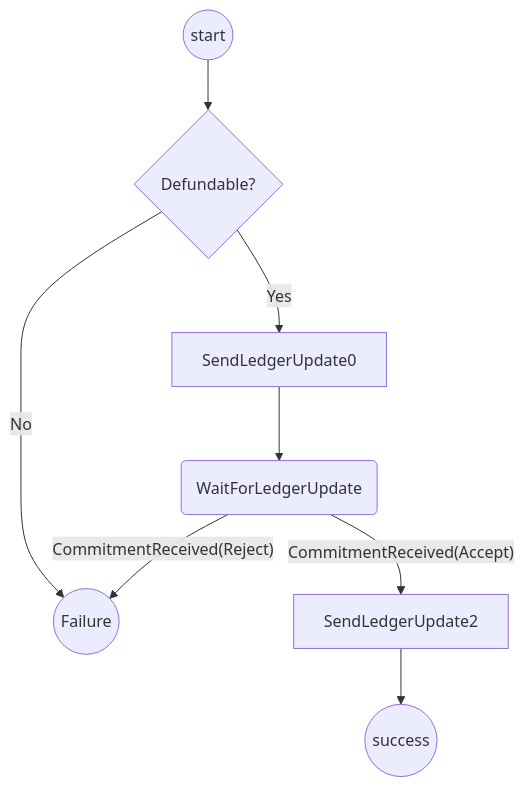
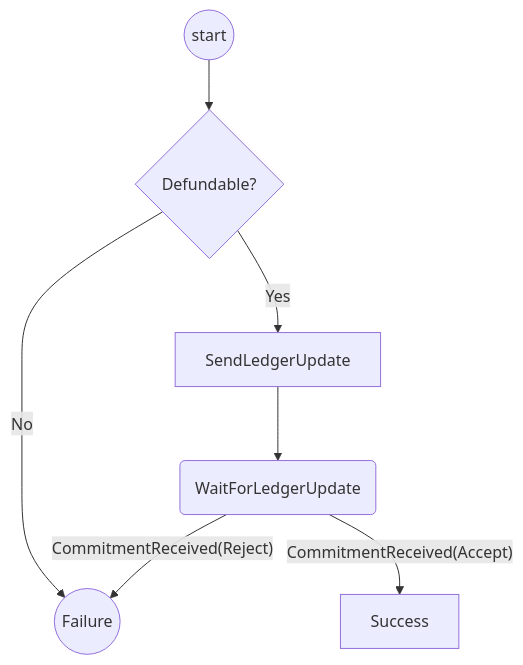
The first of 2 diagrams in packages/rps/packages/wallet/src/redux/protocols/indirect-defunding/readme.md (statechannels/statechannels), drawn with Mermaid before and after one commit. The commit also changed other lines of this file and 4 other files, not shown here.

````diff
--- a/packages/rps/packages/wallet/src/redux/protocols/indirect-defunding/readme.md
+++ b/packages/rps/packages/wallet/src/redux/protocols/indirect-defunding/readme.md
@@ -15,10 +15,9 @@
 ```mermaid
 graph TD
   St((start))-->DF{Defundable?}
   DF --> |No| F((Failure))
-  DF -->|Yes|SC0[SendLedgerUpdate0]
+  DF -->|Yes|SC0[SendLedgerUpdate]
   SC0-->WFU(WaitForLedgerUpdate)
-  WFU --> |"CommitmentReceived(Accept)"|SC1[SendLedgerUpdate2]
-  SC1-->S((success))
+  WFU --> |"CommitmentReceived(Accept)"|Su[Success]
   WFU --> |"CommitmentReceived(Reject)"| F
 ```
````
